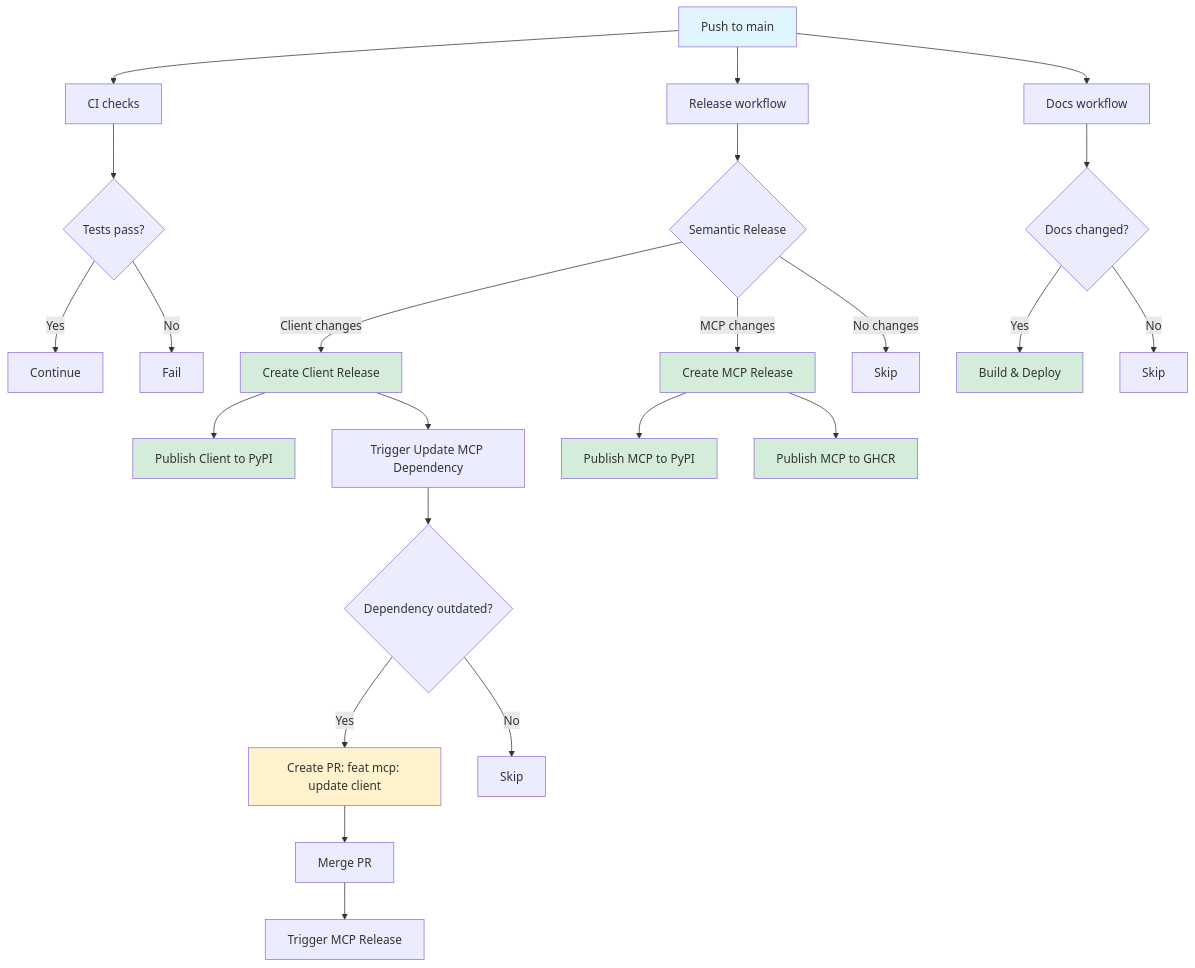
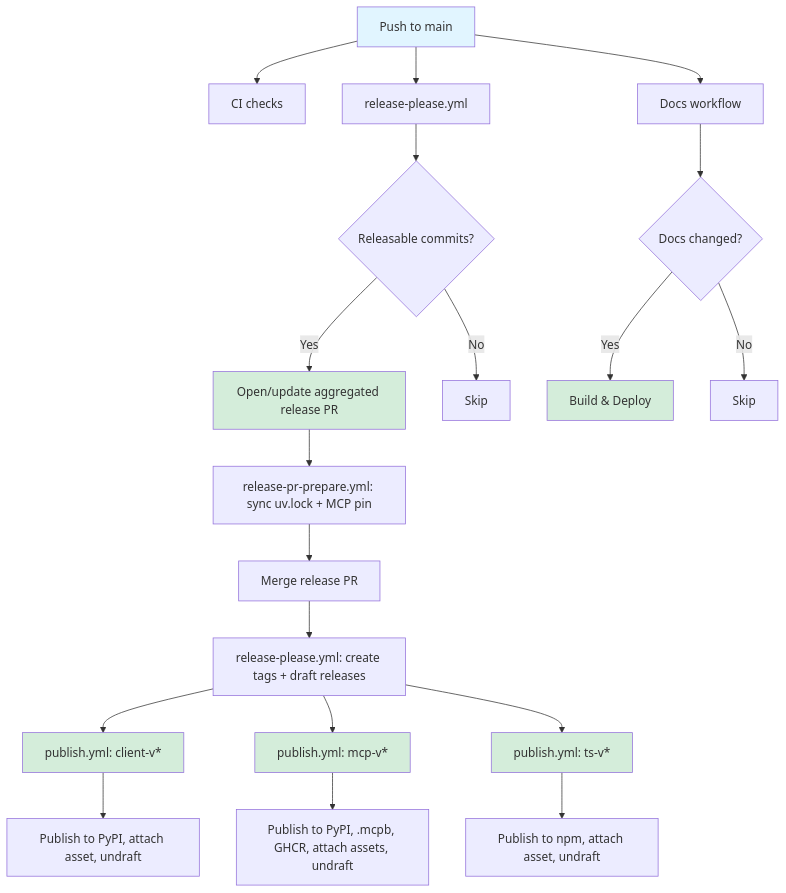
One commit to dougborg/statuspro-openapi-client changed the diagram in .github/workflows/README.md. Above: the diagram before and after it, drawn with Mermaid. The commit also changed other lines of this file and 25 other files, not shown here.

````diff
--- a/.github/workflows/README.md
+++ b/.github/workflows/README.md
@@ -140,41 +118,33 @@
 ```mermaid
 graph TD
     A[Push to main] --> B[CI checks]
-    A --> C[Release workflow]
+    A --> C[release-please.yml]
     A --> D[Docs workflow]
 
-    B --> E{Tests pass?}
-    E -->|Yes| F[Continue]
-    E -->|No| G[Fail]
+    C --> H{Releasable commits?}
+    H -->|Yes| I[Open/update aggregated release PR]
+    H -->|No| K[Skip]
 
-    C --> H{Semantic Release}
-    H -->|Client changes| I[Create Client Release]
-    H -->|MCP changes| J[Create MCP Release]
-    H -->|No changes| K[Skip]
+    I --> P[release-pr-prepare.yml: sync uv.lock + MCP pin]
+    P --> Q[Merge release PR]
+    Q --> R[release-please.yml: create tags + draft releases]
 
-    I --> L[Publish Client to PyPI]
-    I --> M[Trigger Update MCP Dependency]
+    R --> T[publish.yml: client-v*]
+    R --> U[publish.yml: mcp-v*]
+    R --> V[publish.yml: ts-v*]
 
-    J --> N[Publish MCP to PyPI]
-    J --> O[Publish MCP to GHCR]
+    T --> W[Publish to PyPI, attach asset, undraft]
+    U --> X[Publish to PyPI, .mcpb, GHCR, attach assets, undraft]
+    V --> Y[Publish to npm, attach asset, undraft]
 
-    M --> P{Dependency outdated?}
-    P -->|Yes| Q[Create PR: feat mcp: update client]
-    P -->|No| R[Skip]
-
-    Q --> S[Merge PR]
-    S --> T[Trigger MCP Release]
-
-    D --> U{Docs changed?}
-    U -->|Yes| V[Build & Deploy]
-    U -->|No| W[Skip]
+    D --> Z{Docs changed?}
+    Z -->|Yes| AA[Build & Deploy]
+    Z -->|No| AB[Skip]
 
     style A fill:#e1f5ff
     style I fill:#d4edda
-    style J fill:#d4edda
-    style L fill:#d4edda
-    style N fill:#d4edda
-    style O fill:#d4edda
+    style T fill:#d4edda
+    style U fill:#d4edda
     style V fill:#d4edda
-    style Q fill:#fff3cd
+    style AA fill:#d4edda
 ```
````
